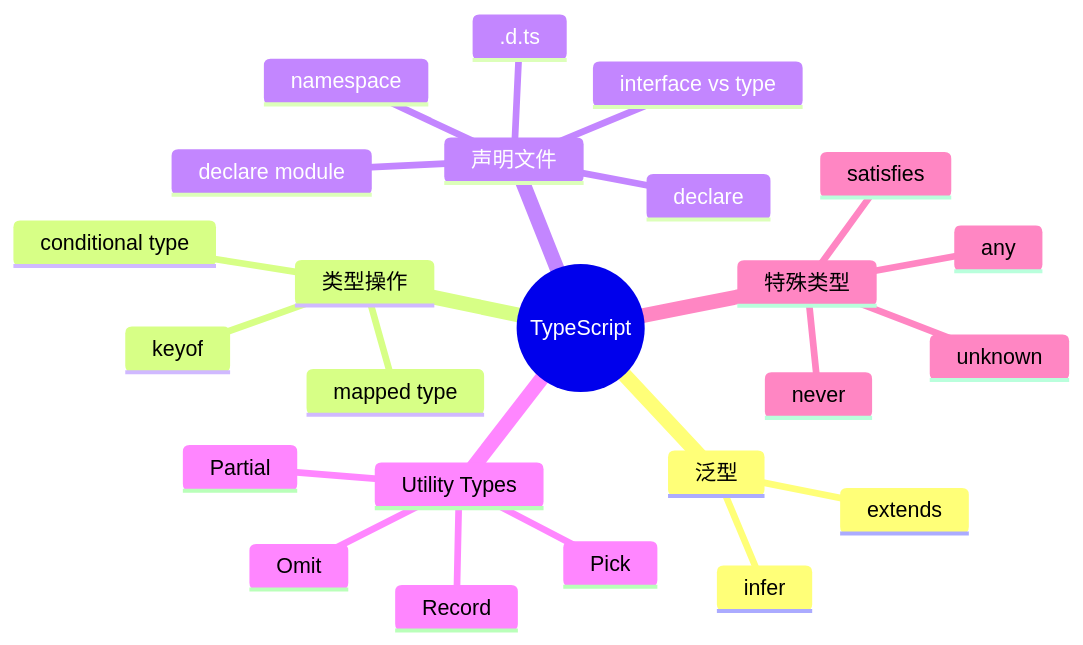
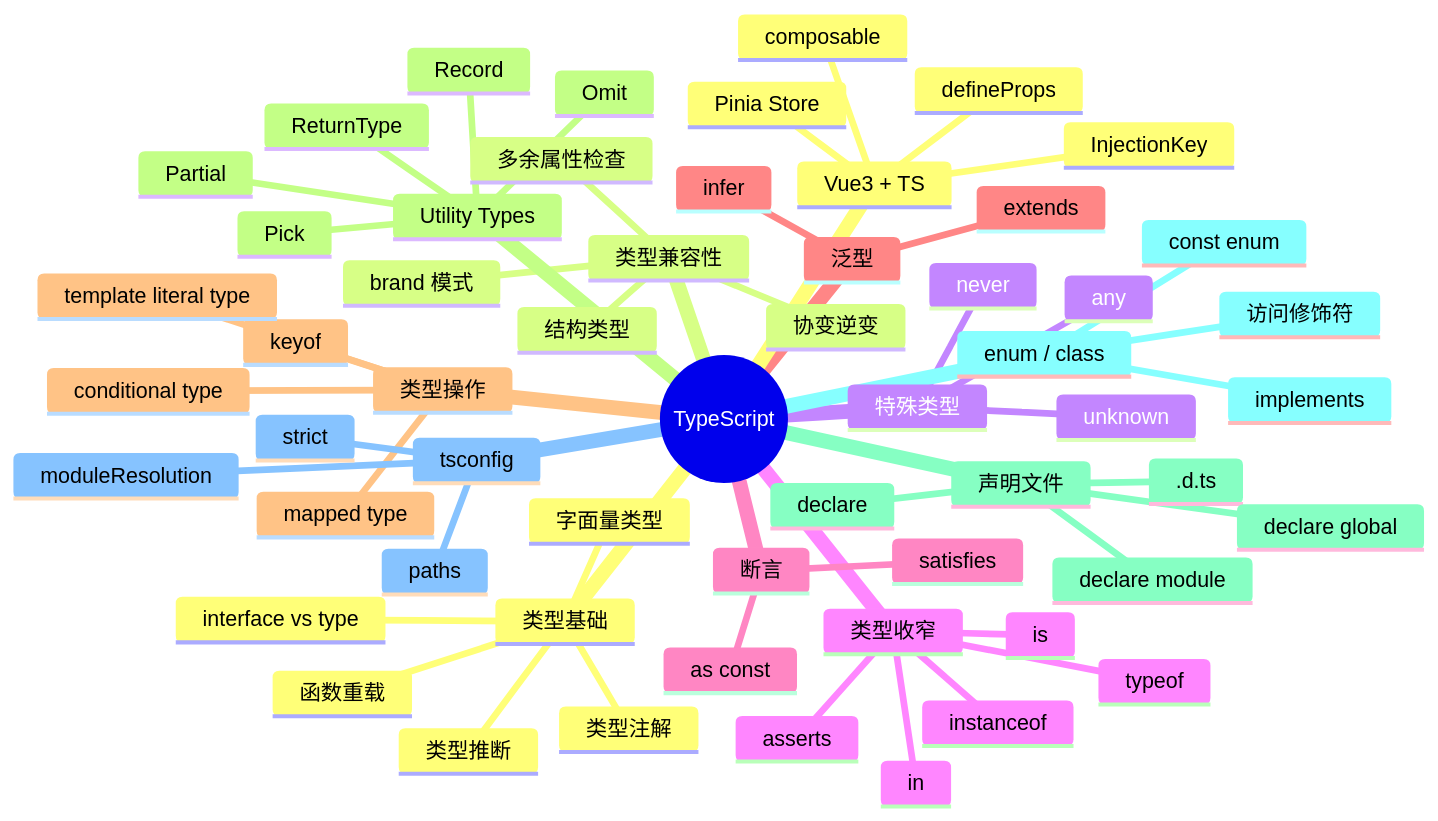
Before and after one commit to zjh42139/interview-notes: the diagram in docs/TypeScript/index.md, drawn with Mermaid. The commit also changed other lines of this file and 11 other files, not shown here.

````diff
--- a/docs/TypeScript/index.md
+++ b/docs/TypeScript/index.md
@@ -9,27 +9,60 @@
 ```mermaid
 mindmap
   root((TypeScript))
+    类型基础
+      类型注解
+      类型推断
+      字面量类型
+      函数重载
+      interface vs type
+    类型兼容性
+      结构类型
+      多余属性检查
+      协变逆变
+      brand 模式
+    特殊类型
+      any
+      unknown
+      never
+    类型收窄
+      typeof
+      instanceof
+      in
+      is
+      asserts
+    断言
+      as const
+      satisfies
     泛型
       extends
       infer
     类型操作
       keyof
       mapped type
       conditional type
-    声明文件
-      declare
-      .d.ts
-      interface vs type
-      declare module
-      namespace
+      template literal type
     Utility Types
       Partial
       Pick
       Omit
       Record
-    特殊类型
-      satisfies
-      any
-      unknown
-      never
+      ReturnType
+    声明文件
+      declare
+      .d.ts
+      declare module
+      declare global
+    enum / class
+      const enum
+      访问修饰符
+      implements
+    tsconfig
+      strict
+      moduleResolution
+      paths
+    Vue3 + TS
+      defineProps
+      InjectionKey
+      Pinia Store
+      composable
 ```
````
